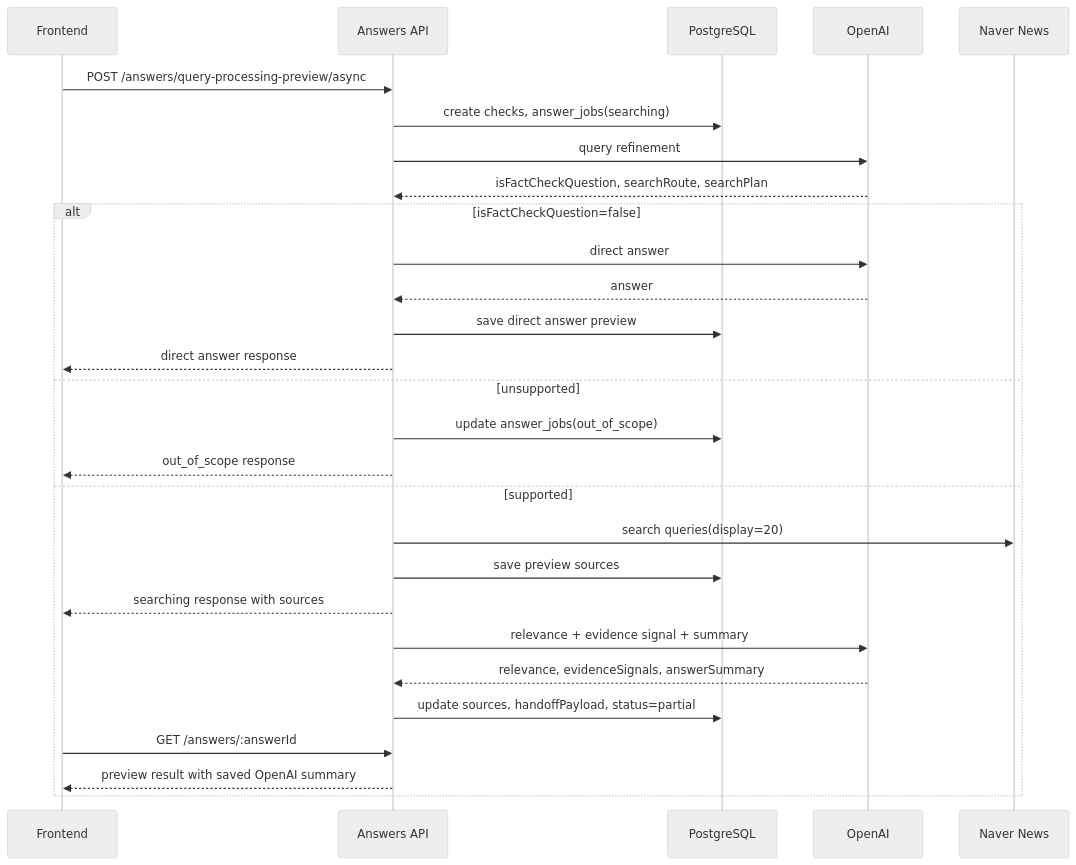
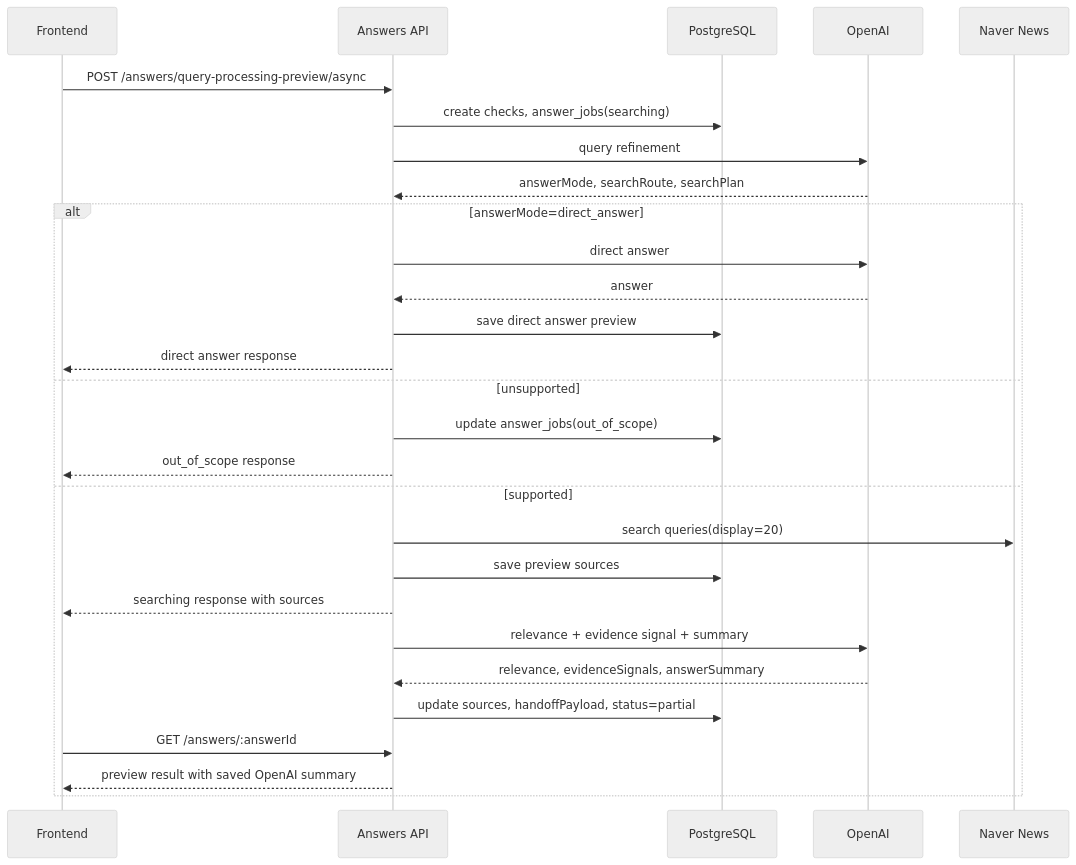
One commit to dyjeong576/varo changed the diagram in docs/answer-query-processing.md. Above: the diagram before and after it, drawn with Mermaid (neutral theme). The commit also changed other lines of this file and 22 other files, not shown here.

````diff
--- a/docs/answer-query-processing.md
+++ b/docs/answer-query-processing.md
@@ -121,31 +121,31 @@
 ```mermaid
 sequenceDiagram
   participant FE as Frontend
   participant API as Answers API
   participant DB as PostgreSQL
   participant OAI as OpenAI
   participant Naver as Naver News
 
   FE->>API: POST /answers/query-processing-preview/async
   API->>DB: create checks, answer_jobs(searching)
   API->>OAI: query refinement
-  OAI-->>API: isFactCheckQuestion, searchRoute, searchPlan
-  alt isFactCheckQuestion=false
+  OAI-->>API: answerMode, searchRoute, searchPlan
+  alt answerMode=direct_answer
     API->>OAI: direct answer
     OAI-->>API: answer
     API->>DB: save direct answer preview
     API-->>FE: direct answer response
   else unsupported
     API->>DB: update answer_jobs(out_of_scope)
     API-->>FE: out_of_scope response
   else supported
     API->>Naver: search queries(display=20)
     API->>DB: save preview sources
     API-->>FE: searching response with sources
     API->>OAI: relevance + evidence signal + summary
     OAI-->>API: relevance, evidenceSignals, answerSummary
     API->>DB: update sources, handoffPayload, status=partial
     FE->>API: GET /answers/:answerId
     API-->>FE: preview result with saved OpenAI summary
   end
 ```
````
